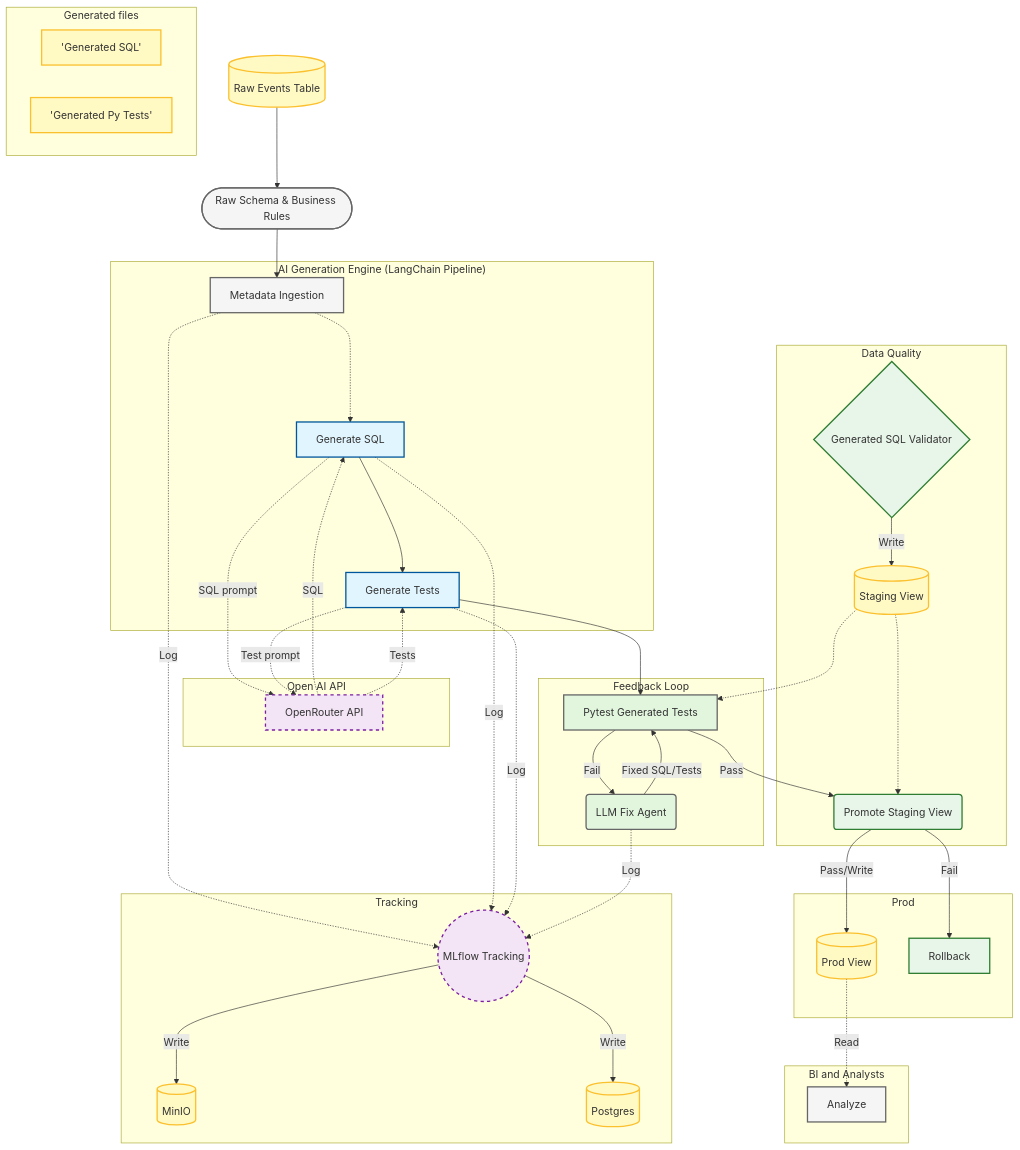
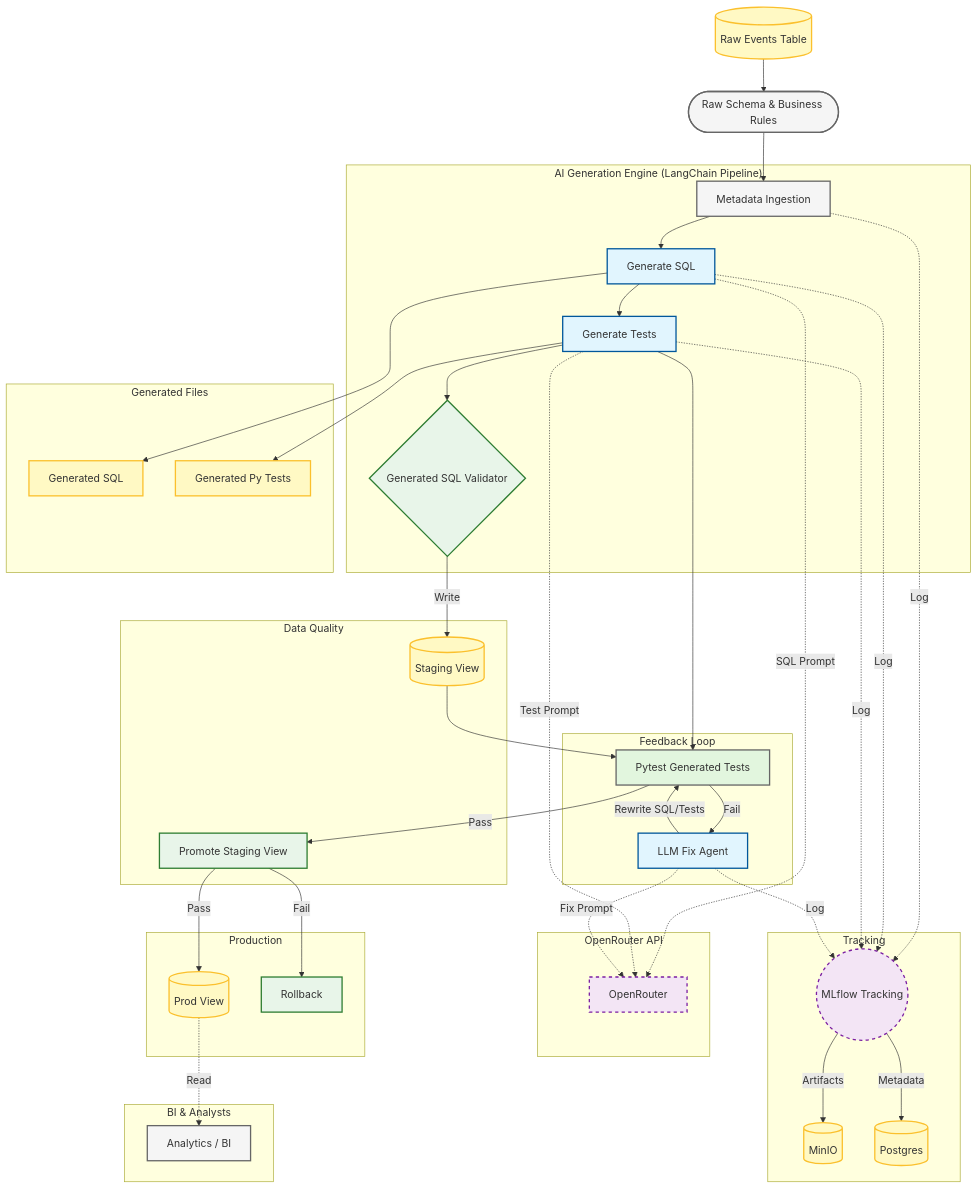
Before and after one commit to RomanDevyatov/lang-chain-sql-and-test-generator: the diagram in README.md, drawn with Mermaid.

Commit message:
Updated diagram

````diff
--- a/README.md
+++ b/README.md
@@ -10,70 +10,71 @@
 ```mermaid
 graph TD
-    
-    %% Nodes Definition
+
     Table[("Raw Events Table")] --> Start
     Start([Raw Schema & Business Rules]) --> Ingestion[Metadata Ingestion]
-    
+
     subgraph "AI Generation Engine (LangChain Pipeline)"
-        Ingestion -.-> SQLGenNode[Generate SQL]       
+        Ingestion --> SQLGenNode[Generate SQL]
         SQLGenNode --> TestGenNode[Generate Tests]
+        TestGenNode --> SQLValidator
     end
 
+    subgraph "Generated Files"
+        GeneratedSql["Generated SQL"]
+        GeneratedTests["Generated Py Tests"]
+    end
+
+    SQLGenNode --> GeneratedSql
+    TestGenNode --> GeneratedTests
+    
     subgraph "Feedback Loop"
-        LLMfixPipeline -->|Fixed SQL/Tests| PytestSuite[Pytest Generated Tests]
-        PytestSuite -->|Fail| LLMfixPipeline(LLM Fix Agent)
-        TestGenNode --> PytestSuite        
+        TestGenNode --> PytestSuite[Pytest Generated Tests]
+        PytestSuite -->|Fail| LLMfixPipeline[LLM Fix Agent]
+        LLMfixPipeline -->|Rewrite SQL/Tests| PytestSuite
     end
-        
-    subgraph "Open AI API"
-        OpenRouter -.->|SQL| SQLGenNode 
-        OpenRouter -.->|Tests| TestGenNode
-        SQLGenNode -.->|SQL prompt| OpenRouter
-        TestGenNode -.->|Test prompt| OpenRouter[OpenRouter API]
+
+    subgraph "Data Quality"
+        SQLValidator{Generated SQL Validator} -->|Write| Staging[(Staging View)]
+        Staging --> PytestSuite
+        PytestSuite -->|Pass| Executor[Promote Staging View]
     end
     
+    subgraph "OpenRouter API"
+        SQLGenNode -.->|SQL Prompt| OpenRouter[OpenRouter]
+        TestGenNode -.->|Test Prompt| OpenRouter
+        LLMfixPipeline -.->|Fix Prompt| OpenRouter
+    end
+
     subgraph "Tracking"
-        Ingestion -.->|Log| MLflow
-        SQLGenNode -.->|Log| MLflow((MLflow Tracking))
+        Ingestion -.->|Log| MLflow((MLflow Tracking))
+        SQLGenNode -.->|Log| MLflow
         TestGenNode -.->|Log| MLflow
         LLMfixPipeline -.->|Log| MLflow
-        MLflow -->|Write| MinIO[(MinIO)]
-        MLflow -->|Write| PostgresMLflow[(Postgres)]    
-    end
-    
-    subgraph "Data Quality"        
-        SQLValidator{Generated SQL Validator} -->|Write| Staging[(Staging View)]
-        PytestSuite -->|Pass| Executor
-        Staging -.-> PytestSuite
-        Staging -.-> Executor("Promote Staging View")
-    end
-    
-    subgraph "Generated files"
-        GeneratedSql['Generated SQL']
-        GeneratedTests['Generated Py Tests']
+
+        MLflow -->|Artifacts| MinIO[(MinIO)]
+        MLflow -->|Metadata| PostgresMLflow[(Postgres)]
     end
 
-    subgraph "Prod"
-        Executor -->|Pass/Write| ProdView[(Prod View)]
+    subgraph "Production"
+        Executor -->|Pass| ProdView[(Prod View)]
         Executor -->|Fail| Rollback[Rollback]
     end
-    
-    subgraph "BI and Analysts"
-        ProdView -.->|Read| Analyze
+
+    subgraph "BI & Analysts"
+        ProdView -.->|Read| Analyze[Analytics / BI]
     end
 
-    %% Colors and Styles
     classDef startEnd fill:#f5f5f5,stroke:#666,stroke-width:2px,color:#333;
     classDef aiNode fill:#e1f5fe,stroke:#01579b,stroke-width:2px;
     classDef testNode fill:#e2f6de,stroke:#666,stroke-width:2px;
     classDef storage fill:#fff9c4,stroke:#fbc02d,stroke-width:2px;
     classDef action fill:#e8f5e9,stroke:#2e7d32,stroke-width:2px;
     classDef tracking fill:#f3e5f5,stroke:#7b1fa2,stroke-width:2px,stroke-dasharray: 5 5;
 
     class Start,Analyze,Ingestion startEnd;
-    class SQLGenNode,TestGenNode aiNode;
+    class SQLGenNode,TestGenNode,LLMfixPipeline aiNode;
+    class PytestSuite testNode;
     class Staging,ProdView,MinIO,PostgresMLflow,Table,GeneratedSql,GeneratedTests storage;
-    class SQLValidator,Executor,Suite,Rollback action;
+    class SQLValidator,Executor,Rollback action;
     class MLflow,OpenRouter tracking;
-    class PytestSuite,LLMfixPipeline testNode;
 ```
````
